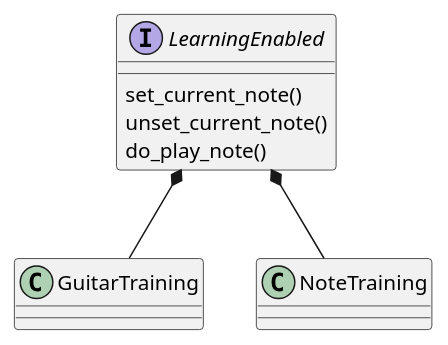
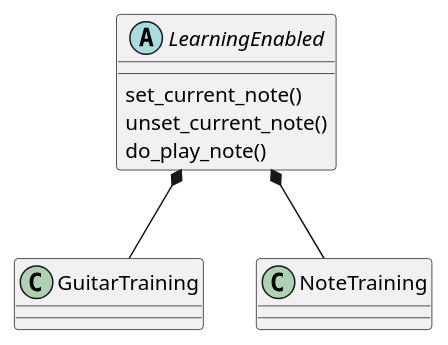
One commit to Moustov/pyHarmonyUI changed the fifth of 5 diagrams in audio/README.md. Above: the diagram before and after it, drawn with PlantUML. The commit also changed 6 other files, not shown here.

```diff
--- a/audio/README.md
+++ b/audio/README.md
@@ -49,8 +49,8 @@
 @startuml
-Interface LearningEnabled
+Abstract LearningEnabled
 LearningEnabled : set_current_note()
 LearningEnabled : unset_current_note()
 LearningEnabled : do_play_note()
 LearningEnabled *--GuitarTraining
 LearningEnabled *--NoteTraining
 @enduml
```
